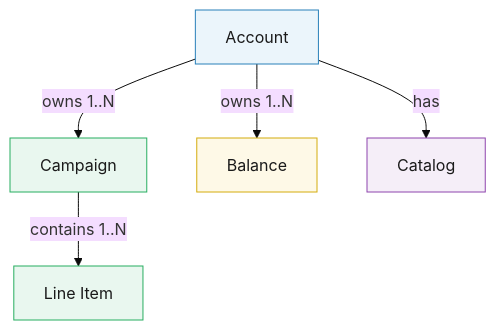
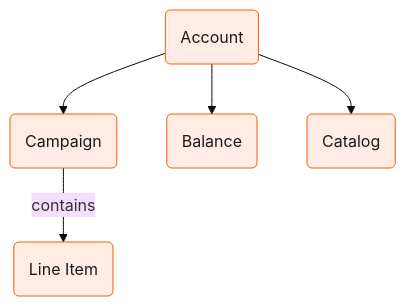
Before and after one commit to criteo/public-api-doc: the diagram in retail-media/docs/account.mdx, drawn with Mermaid (base theme). The commit also changed 2 other files, not shown here.

Commit message:
Uniformize Mermaid diagrams: Criteo orange, rounded nodes, verb labels

````diff
--- a/retail-media/docs/account.mdx
+++ b/retail-media/docs/account.mdx
@@ -8,17 +8,15 @@
 ```mermaid
 graph TD
-    Account -->|"owns 1..N"| Campaign
-    Account -->|"owns 1..N"| Balance
-    Account -->|"has"| Catalog
-    Campaign -->|"contains 1..N"| LI["Line Item"]
+    Account(Account)
+    Campaign(Campaign)
+    Balance(Balance)
+    Catalog(Catalog)
+    LI(Line Item)
 
-    classDef account fill:#EBF5FB,stroke:#2980B9,color:#1a1a1a
-    classDef campaign fill:#E9F7EF,stroke:#27AE60,color:#1a1a1a
-    classDef billing fill:#FEF9E7,stroke:#D4AC0D,color:#1a1a1a
-    classDef content fill:#F5EEF8,stroke:#8E44AD,color:#1a1a1a
+    Account --> Campaign
+    Account --> Balance
+    Account --> Catalog
+    Campaign -->|"contains"| LI
 
-    class Account account
-    class Campaign,LI campaign
-    class Balance billing
-    class Catalog content
+    classDef default fill:#FFEDE5,stroke:#FF5A00,color:#1a1a1a
 ```
````
